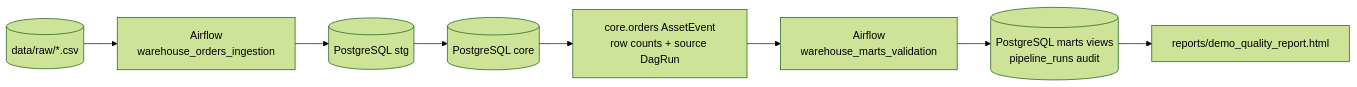
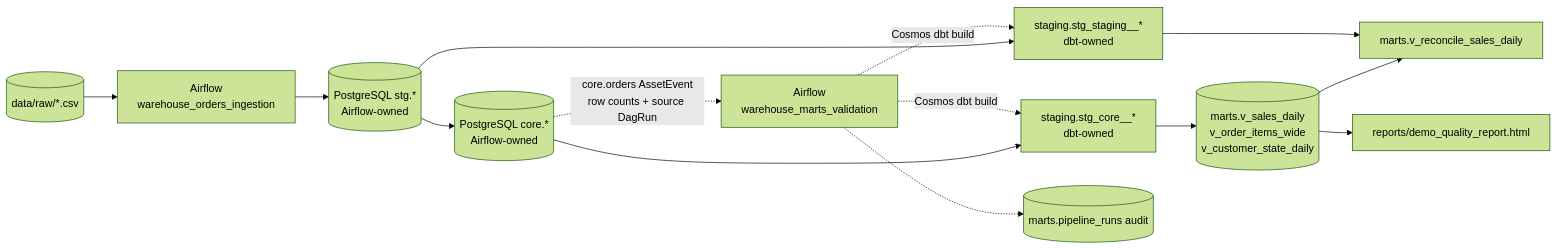
Before and after one commit to sergeishaikin/de_practicum_demo: the second of 2 diagrams in docs/ARCHITECTURE.md, drawn with Mermaid (forest theme). The commit also changed other lines of this file and 6 other files, not shown here.

Commit message:
docs(dbt): document staging architecture and dbt Doctor gate

````diff
--- a/docs/ARCHITECTURE.md
+++ b/docs/ARCHITECTURE.md
@@ -31,10 +33,16 @@
 ```mermaid
 graph LR
   CSV[(data/raw/*.csv)] --> ING[Airflow<br/>warehouse_orders_ingestion]
-  ING --> STG[(PostgreSQL stg)]
-  STG --> CORE[(PostgreSQL core)]
-  CORE --> ASSET[core.orders AssetEvent<br/>row counts + source DagRun]
-  ASSET --> VALIDATE[Airflow<br/>warehouse_marts_validation]
-  VALIDATE --> MARTS[(PostgreSQL marts views<br/>pipeline_runs audit)]
+  ING --> STG[(PostgreSQL stg.*<br/>Airflow-owned)]
+  STG --> CORE[(PostgreSQL core.*<br/>Airflow-owned)]
+  CORE -.->|core.orders AssetEvent<br/>row counts + source DagRun| VALIDATE[Airflow<br/>warehouse_marts_validation]
+  VALIDATE -.->|Cosmos dbt build| SC
+  VALIDATE -.->|Cosmos dbt build| SS
+  CORE --> SC[staging.stg_core__*<br/>dbt-owned]
+  STG --> SS[staging.stg_staging__*<br/>dbt-owned]
+  SC --> MARTS[(marts.v_sales_daily<br/>v_order_items_wide<br/>v_customer_state_daily)]
+  SS --> RECON[marts.v_reconcile_sales_daily]
+  MARTS --> RECON
+  VALIDATE -.-> AUDIT[(marts.pipeline_runs audit)]
   MARTS --> REPORT[reports/demo_quality_report.html]
 ```
````
